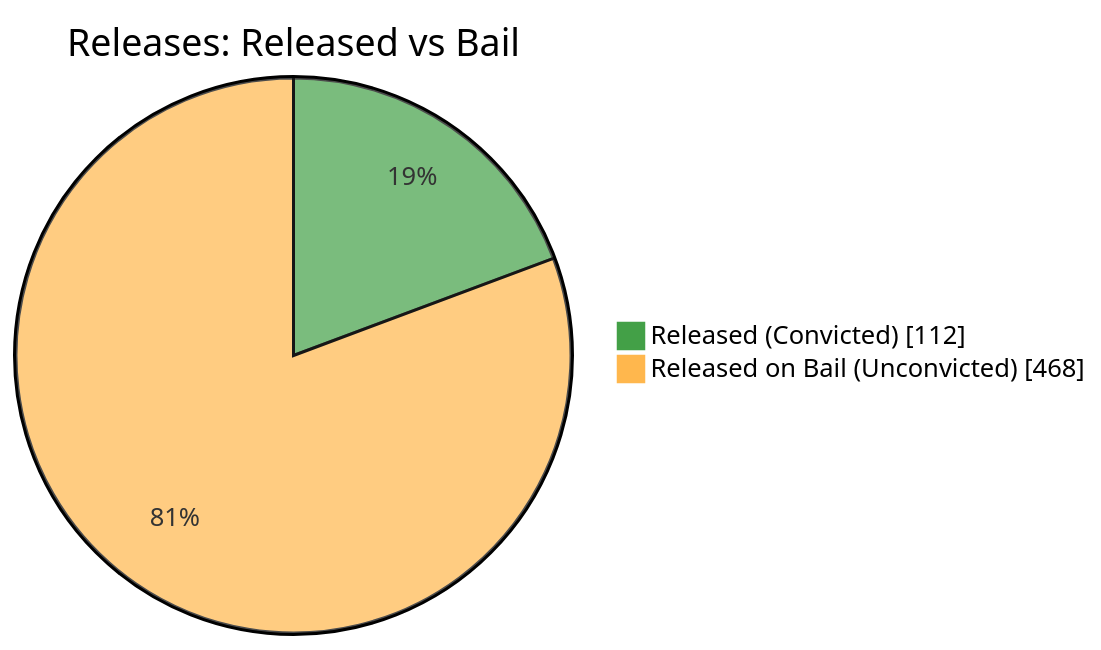
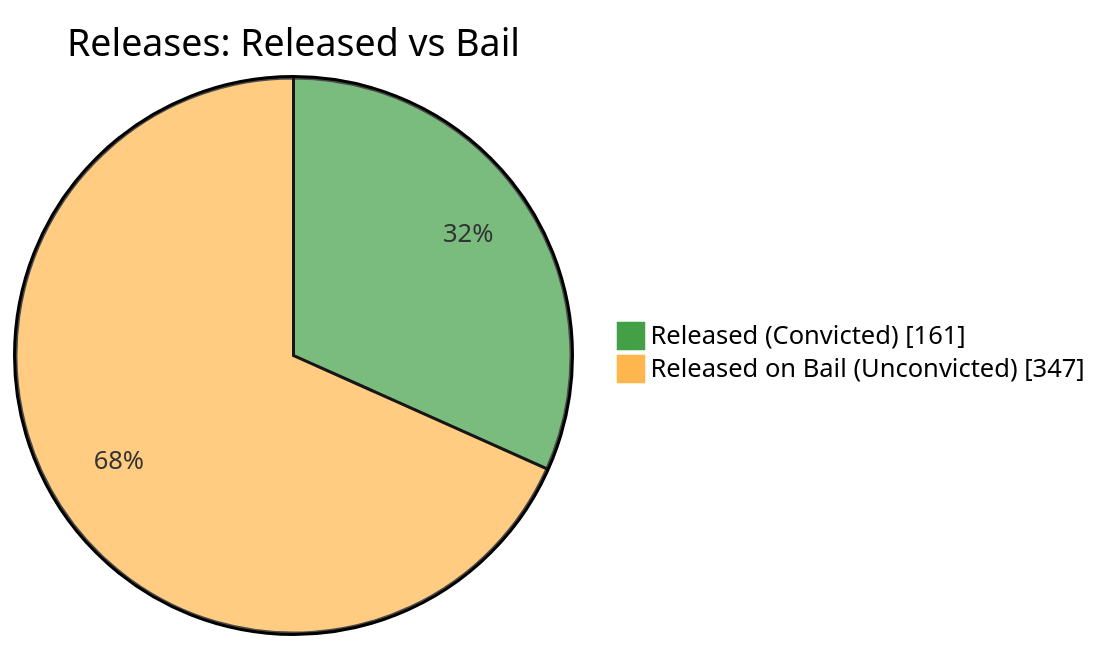
Before and after one commit to nuuuwan/lk_prisons: the fifth of 7 diagrams in README.md, drawn with Mermaid. The commit also changed other lines of this file and 1 other file, not shown here.

````diff
--- a/README.md
+++ b/README.md
@@ -87,6 +87,6 @@
 ```mermaid
 %%{init: {'themeVariables': {'pie1': '#43A047', 'pie2': '#FFB74D'}}}%%
 pie showData title Releases: Released vs Bail
-    "Released (Convicted)" : 112
-    "Released on Bail (Unconvicted)" : 468
+    "Released (Convicted)" : 161
+    "Released on Bail (Unconvicted)" : 347
 ```
````
